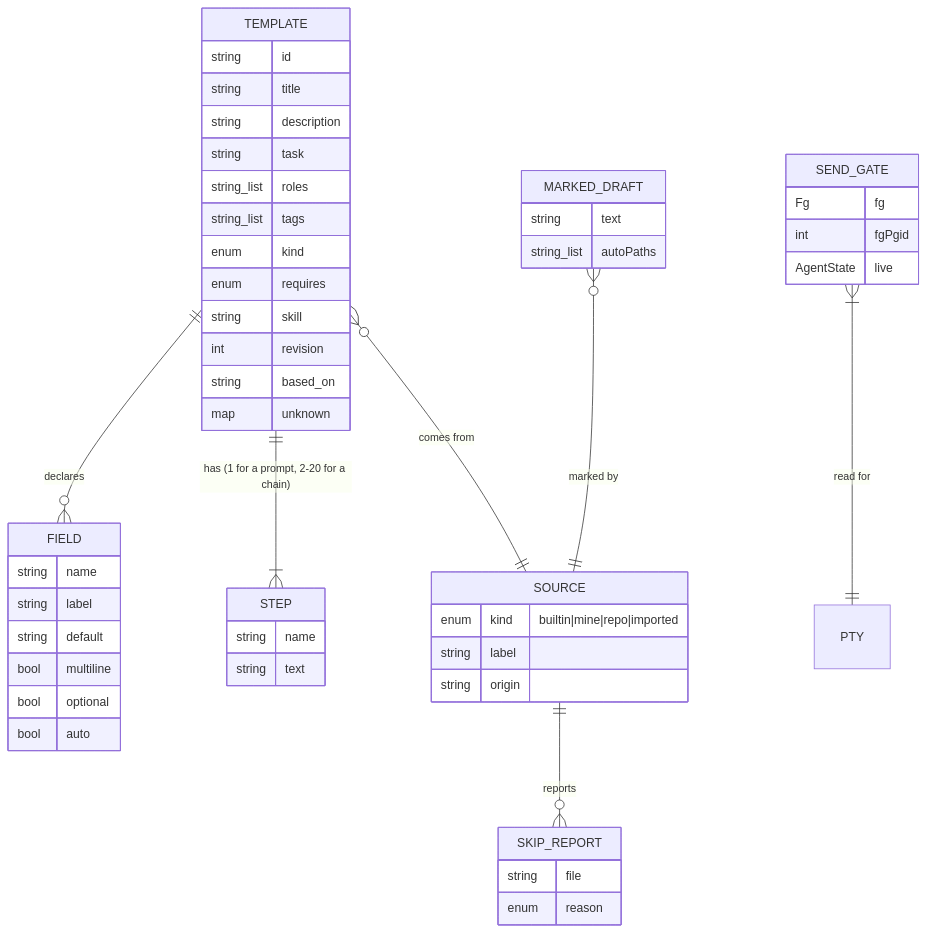
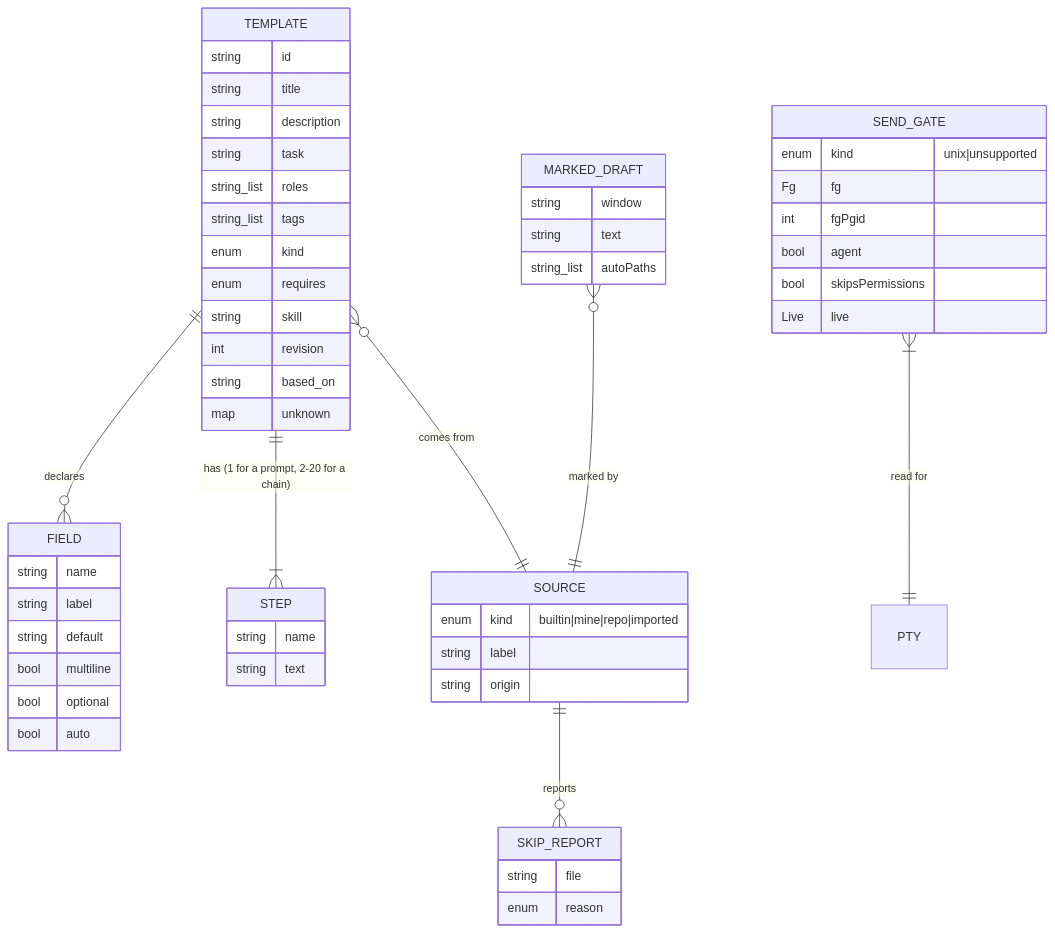
Before and after one commit to alvin-reyes/better-agentic-ide: the third of 3 diagrams in docs/superpowers/specs/2026-11-10-prompt-templates-design.md, drawn with Mermaid. The commit also changed other lines of this file and 5 other files, not shown here.

````diff
--- a/docs/superpowers/specs/2026-11-10-prompt-templates-design.md
+++ b/docs/superpowers/specs/2026-11-10-prompt-templates-design.md
@@ -685,53 +1050,57 @@
 ```mermaid
 erDiagram
   TEMPLATE ||--o{ FIELD : declares
   TEMPLATE ||--|{ STEP : "has (1 for a prompt, 2-20 for a chain)"
   TEMPLATE }o--|| SOURCE : "comes from"
   SOURCE ||--o{ SKIP_REPORT : "reports"
   MARKED_DRAFT }o--|| SOURCE : "marked by"
   SEND_GATE }|--|| PTY : "read for"
   TEMPLATE {
     string id
     string title
     string description
     string task
     string_list roles
     string_list tags
     enum kind
     enum requires
     string skill
     int revision
     string based_on
     map unknown
   }
   FIELD {
     string name
     string label
     string default
     bool multiline
     bool optional
     bool auto
   }
   STEP {
     string name
     string text
   }
   SOURCE {
     enum kind "builtin|mine|repo|imported"
     string label
     string origin
   }
   SKIP_REPORT {
     string file
     enum reason
   }
   MARKED_DRAFT {
+    string window
     string text
     string_list autoPaths
   }
   SEND_GATE {
+    enum kind "unix|unsupported"
     Fg fg
     int fgPgid
-    AgentState live
+    bool agent
+    bool skipsPermissions
+    Live live
   }
 ```
````
